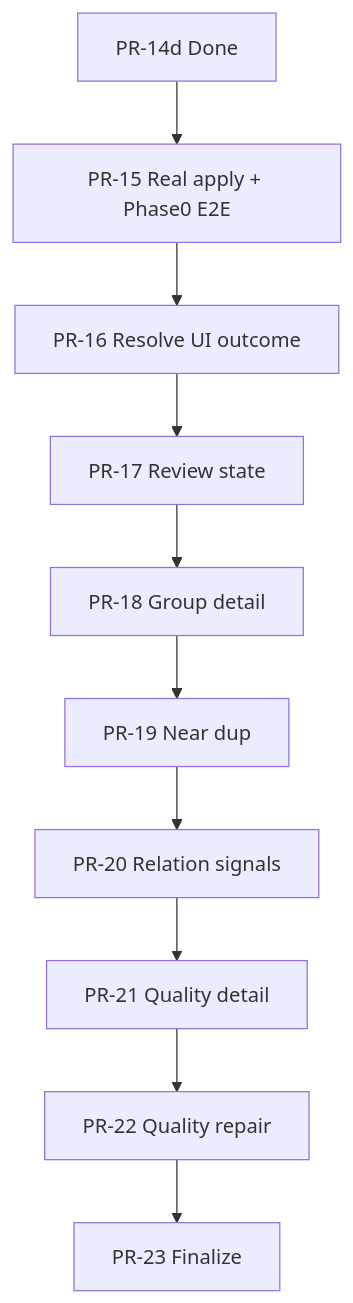
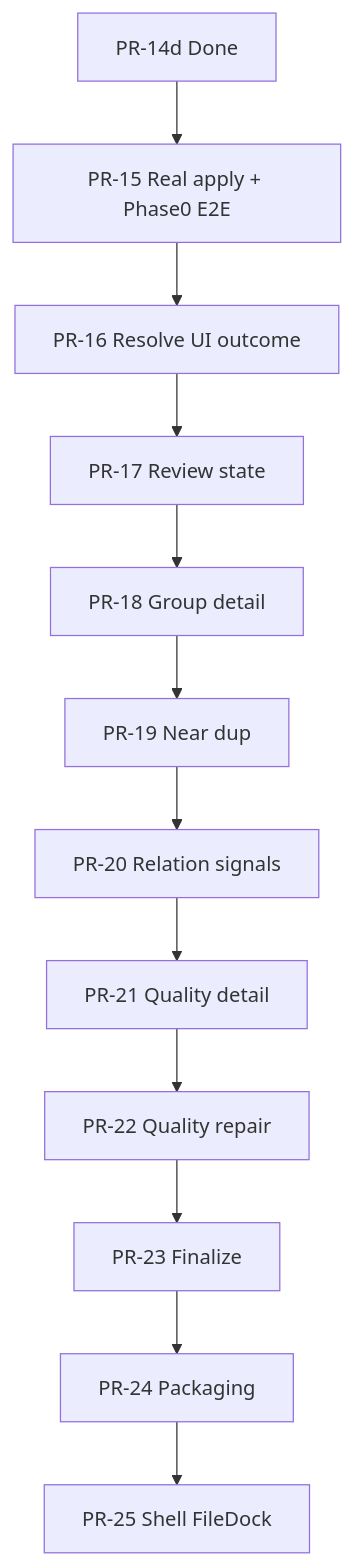
One commit to tigers2020/NovelGuard changed the second of 2 diagrams in docs/superpowers/roadmap/000-2026-06-01-novelguard-master-roadmap.md. Above: the diagram before and after it, drawn with Mermaid. The commit also changed other lines of this file and 3 other files, not shown here.

````diff
--- a/docs/superpowers/roadmap/000-2026-06-01-novelguard-master-roadmap.md
+++ b/docs/superpowers/roadmap/000-2026-06-01-novelguard-master-roadmap.md
@@ -213,14 +215,16 @@
 ```mermaid
 flowchart TD
   P14d[PR-14d Done]
   P15[PR-15 Real apply + Phase0 E2E]
   P16[PR-16 Resolve UI outcome]
   P17[PR-17 Review state]
   P18[PR-18 Group detail]
   P19[PR-19 Near dup]
   P20[PR-20 Relation signals]
   P21[PR-21 Quality detail]
   P22[PR-22 Quality repair]
   P23[PR-23 Finalize]
-  P14d --> P15 --> P16 --> P17 --> P18 --> P19 --> P20 --> P21 --> P22 --> P23
+  P24[PR-24 Packaging]
+  P25[PR-25 Shell FileDock]
+  P14d --> P15 --> P16 --> P17 --> P18 --> P19 --> P20 --> P21 --> P22 --> P23 --> P24 --> P25
 ```
````
